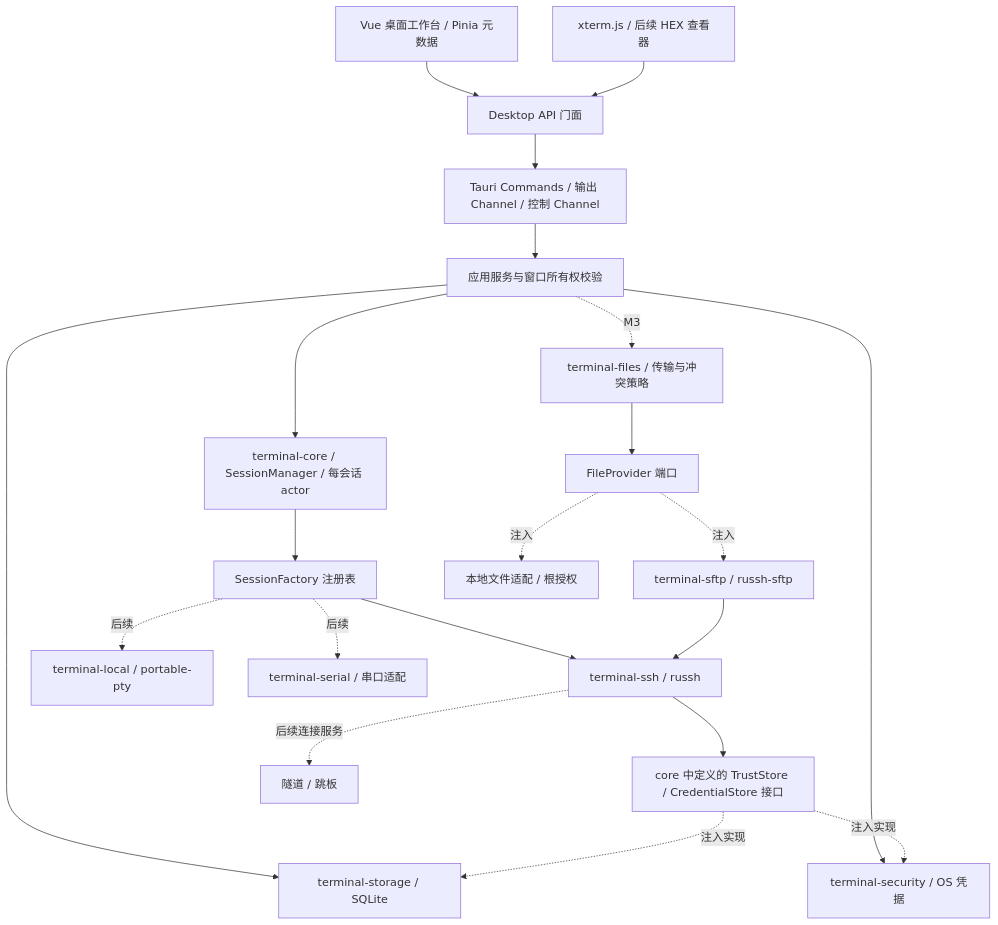
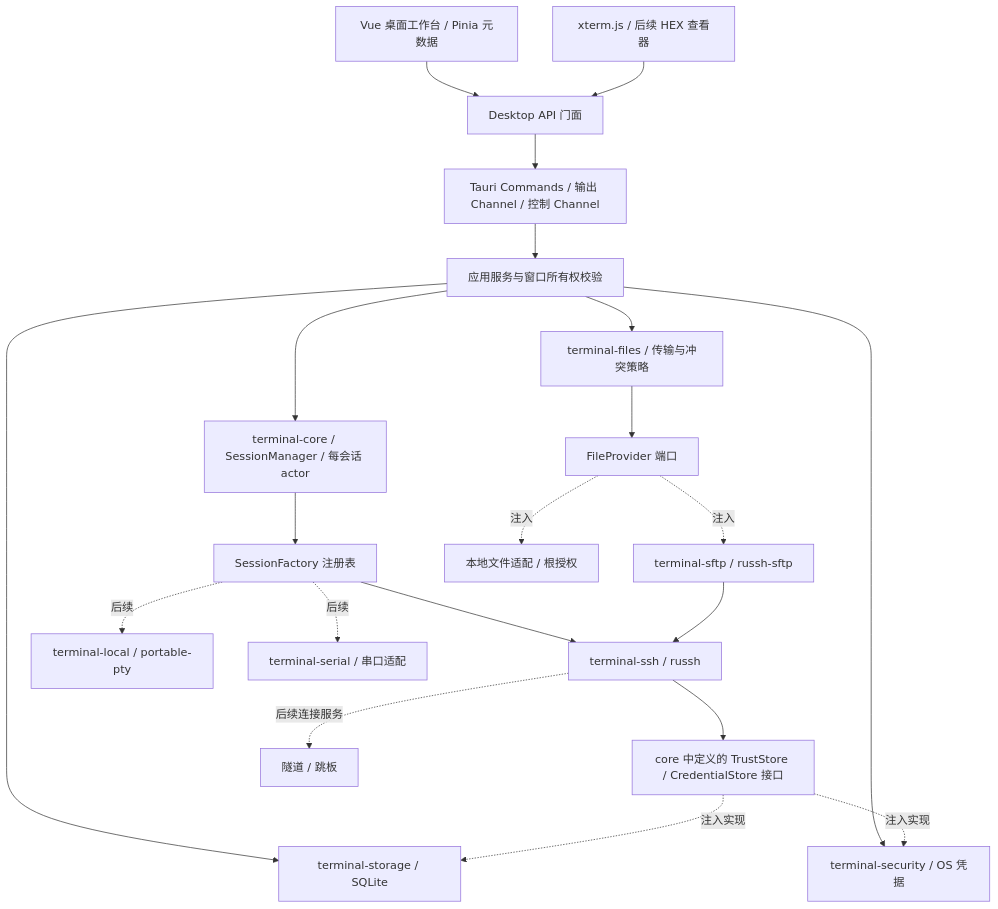
One commit to h3110w0r1d-y/termeta changed the diagram in docs/03-architecture.md. Above: the diagram before and after it, drawn with Mermaid. The commit also changed other lines of this file and 60 other files, not shown here.

````diff
--- a/docs/03-architecture.md
+++ b/docs/03-architecture.md
@@ -7,23 +7,23 @@
 ```mermaid
 flowchart TB
   UI[Vue 桌面工作台 / Pinia 元数据] --> Bridge[Desktop API 门面]
   Terminal[xterm.js / 后续 HEX 查看器] --> Bridge
   Bridge --> IPC[Tauri Commands / 输出 Channel / 控制 Channel]
   IPC --> App[应用服务与窗口所有权校验]
   App --> Core[terminal-core / SessionManager / 每会话 actor]
   Core --> Factory[SessionFactory 注册表]
   Factory --> SSH[terminal-ssh / russh]
   Factory -. 后续 .-> Local[terminal-local / portable-pty]
   Factory -. 后续 .-> Serial[terminal-serial / 串口适配]
   App --> Store[terminal-storage / SQLite]
   App --> Security[terminal-security / OS 凭据]
   SSH --> Ports[core 中定义的 TrustStore / CredentialStore 接口]
   Ports -. 注入实现 .-> Store
   Ports -. 注入实现 .-> Security
-  App -. M3 .-> Files[terminal-files / 传输与冲突策略]
+  App --> Files[terminal-files / 传输与冲突策略]
   Files --> Providers[FileProvider 端口]
   Providers -. 注入 .-> Sftp[terminal-sftp / russh-sftp]
   Providers -. 注入 .-> LocalFiles[本地文件适配 / 根授权]
   Sftp --> SSH
   SSH -. 后续连接服务 .-> Extra[隧道 / 跳板]
 ```
````
